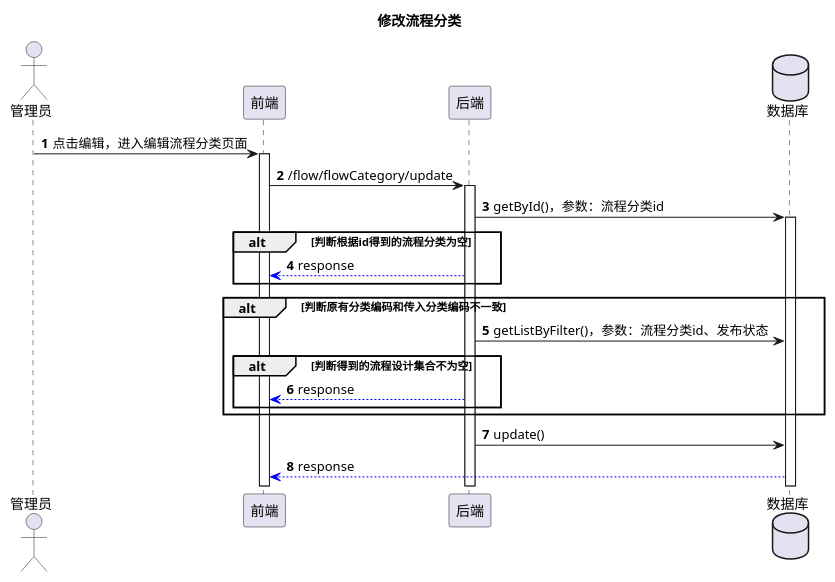
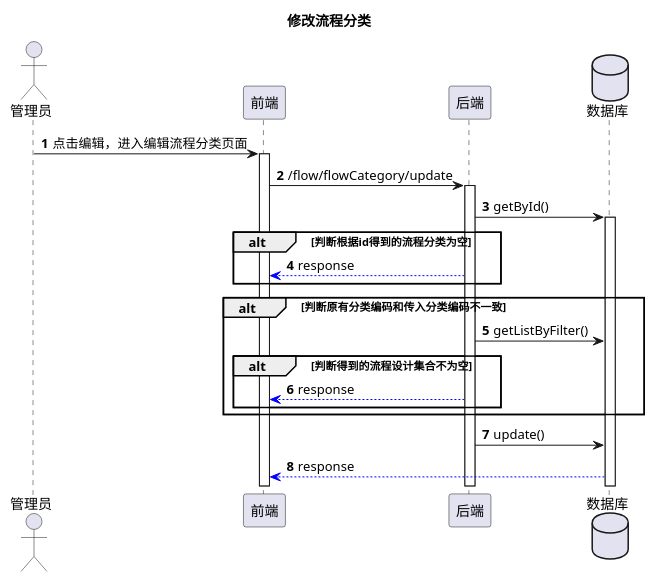
Before and after one commit to Tooooooo/workflow_hub: the diagram in document/uml/flow_design/修改流程分类.puml, drawn with PlantUML. The commit also changed 1 other file, not shown here.

```diff
--- a/document/uml/flow_design/修改流程分类.puml
+++ b/document/uml/flow_design/修改流程分类.puml
@@ -1,28 +1,28 @@
 @startuml
 'https://plantuml.com/sequence-diagram
 
 title 修改流程分类
 actor 管理员
 participant 前端
 participant 后端
 database 数据库
 autonumber
 
 管理员 -> 前端: 点击编辑，进入编辑流程分类页面
 activate 前端
 前端 -> 后端: /flow/flowCategory/update
 activate 后端
-后端 -> 数据库: getById()，参数：流程分类id
+后端 -> 数据库: getById()
 activate 数据库
 alt 判断根据id得到的流程分类为空
 后端 --[#blue]> 前端: response
 end
 alt 判断原有分类编码和传入分类编码不一致
-后端 -> 数据库: getListByFilter()，参数：流程分类id、发布状态
+后端 -> 数据库: getListByFilter()
 alt 判断得到的流程设计集合不为空
 后端 --[#blue]> 前端: response
 end
 end
 后端 -> 数据库: update()
 数据库 --[#blue]> 前端: response
 @enduml
```
